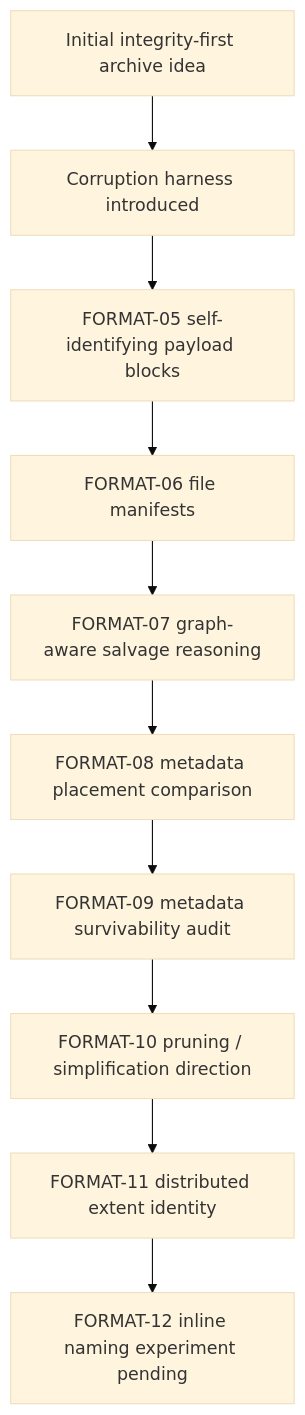
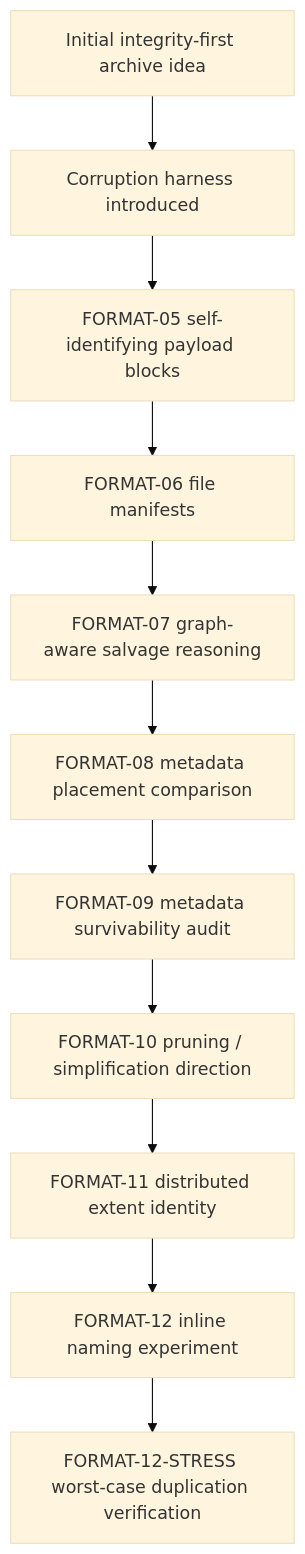
One commit to UglyEgg/crushr changed the diagram in docs/format-evolution.md. Above: the diagram before and after it, drawn with Mermaid (base theme). The commit also changed other lines of this file and 11 other files, not shown here.

Commit message:
Add deterministic FORMAT-12 stress comparison artifacts and metrics

````diff
--- a/docs/format-evolution.md
+++ b/docs/format-evolution.md
@@ -40,12 +40,13 @@
 ```mermaid
 flowchart TD
     A["Initial integrity-first archive idea"] --> B["Corruption harness introduced"]
     B --> C["FORMAT-05 self-identifying payload blocks"]
     C --> D["FORMAT-06 file manifests"]
     D --> E["FORMAT-07 graph-aware salvage reasoning"]
     E --> F["FORMAT-08 metadata placement comparison"]
     F --> G["FORMAT-09 metadata survivability audit"]
     G --> H["FORMAT-10 pruning / simplification direction"]
     H --> I["FORMAT-11 distributed extent identity"]
-    I --> J["FORMAT-12 inline naming experiment pending"]
+    I --> J["FORMAT-12 inline naming experiment"]
+    J --> K["FORMAT-12-STRESS worst-case duplication verification"]
 ```
````
